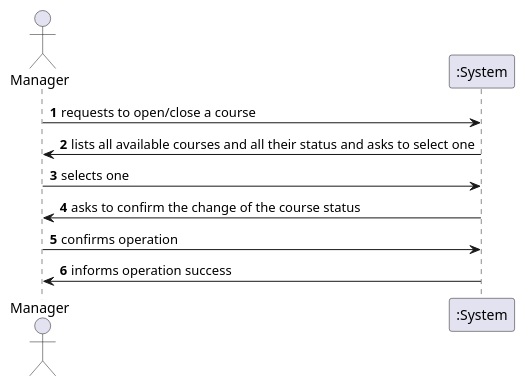
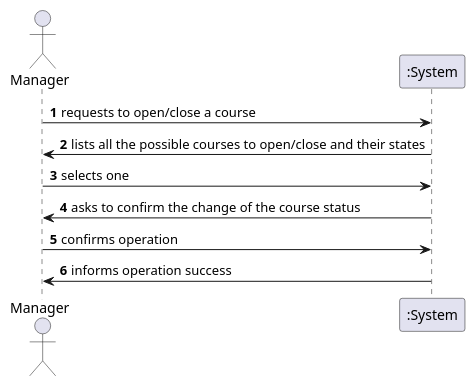
One commit to miseEnPlace-dev/lapr4 changed the diagram in docs/sprint-b/us10-1004/US1004_SSD.puml. Above: the diagram before and after it, drawn with PlantUML. The commit also changed 1 other file, not shown here.

```diff
--- a/docs/sprint-b/us10-1004/US1004_SSD.puml
+++ b/docs/sprint-b/us10-1004/US1004_SSD.puml
@@ -1,20 +1,20 @@
 @startuml US1004_SSD
 'https://plantuml.com/sequence-diagram
 actor "Manager" as manager
 participant ":System" as system
 autonumber
 
 
 manager -> system: requests to open/close a course
 
-system -> manager: lists all available courses and all their status and asks to select one
+system -> manager: lists all the possible courses to open/close and their states
 
 manager -> system: selects one
 
 system -> manager: asks to confirm the change of the course status
 
 manager -> system: confirms operation
 
 system -> manager: informs operation success
 
 @enduml
```
